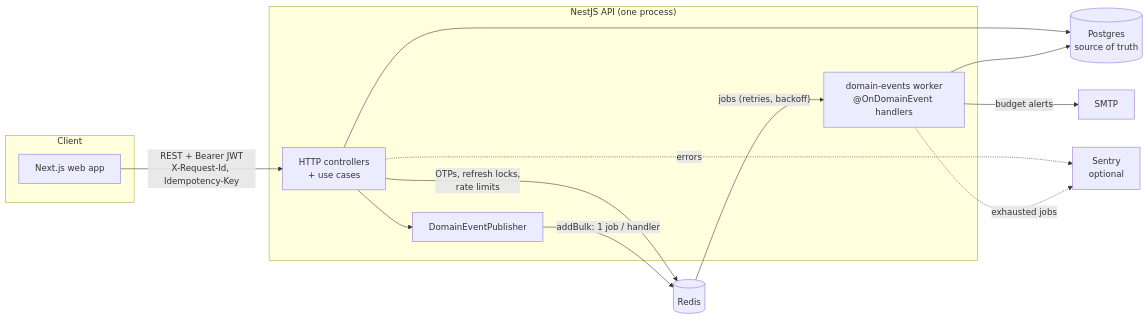
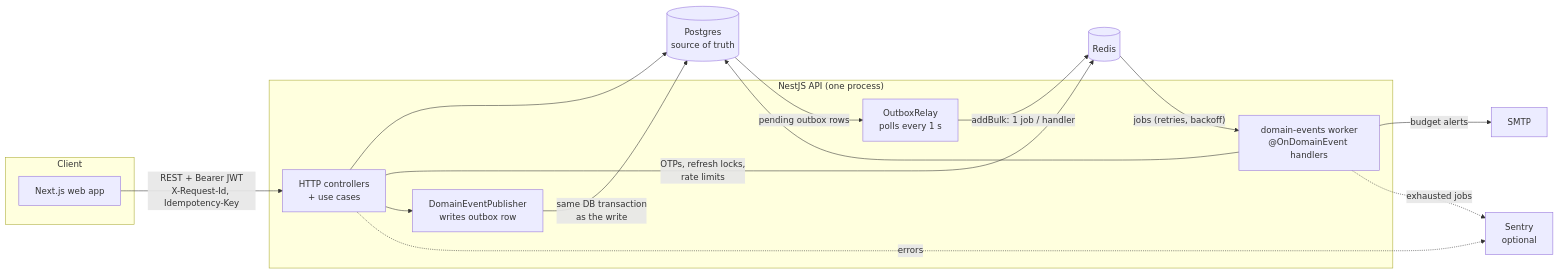
One commit to Frank14b/qashio-back changed the first of 7 diagrams in docs/database-v2.md. Above: the diagram before and after it, drawn with Mermaid. The commit also changed other lines of this file and 53 other files, not shown here.

First line of the commit message:
Add a transactional outbox so committed domain events are never lost

````diff
--- a/docs/database-v2.md
+++ b/docs/database-v2.md
@@ -31,26 +32,29 @@
 ```mermaid
 flowchart LR
   subgraph Client
     FE[Next.js web app]
   end
   subgraph API["NestJS API (one process)"]
     HTTP[HTTP controllers<br/>+ use cases]
-    PUB[DomainEventPublisher]
+    PUB[DomainEventPublisher<br/>writes outbox row]
+    REL[OutboxRelay<br/>polls every 1 s]
     WRK[domain-events worker<br/>@OnDomainEvent handlers]
   end
   PG[(Postgres<br/>source of truth)]
   RD[(Redis)]
   SMTP[SMTP]
   SEN[Sentry<br/>optional]
 
   FE -- "REST + Bearer JWT<br/>X-Request-Id, Idempotency-Key" --> HTTP
   HTTP --> PG
   HTTP -- "OTPs, refresh locks,<br/>rate limits" --> RD
   HTTP --> PUB
-  PUB -- "addBulk: 1 job / handler" --> RD
+  PUB -- "same DB transaction<br/>as the write" --> PG
+  PG -- "pending outbox rows" --> REL
+  REL -- "addBulk: 1 job / handler" --> RD
   RD -- "jobs (retries, backoff)" --> WRK
   WRK --> PG
   WRK -- "budget alerts" --> SMTP
   HTTP -. "errors" .-> SEN
   WRK -. "exhausted jobs" .-> SEN
 ```
````
